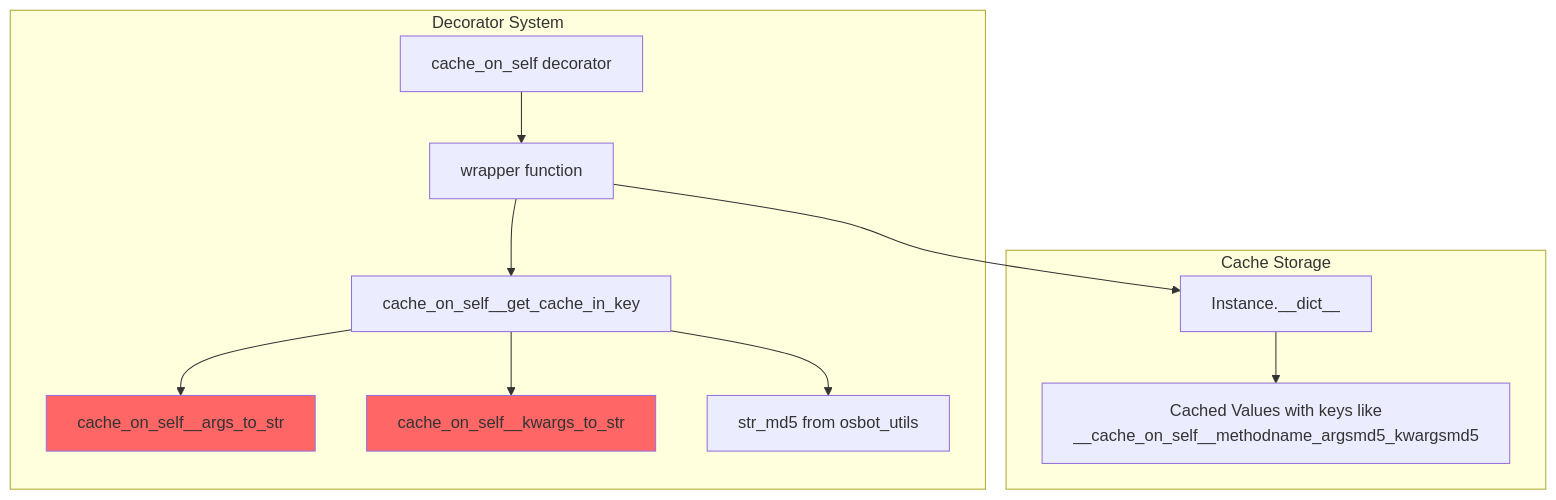
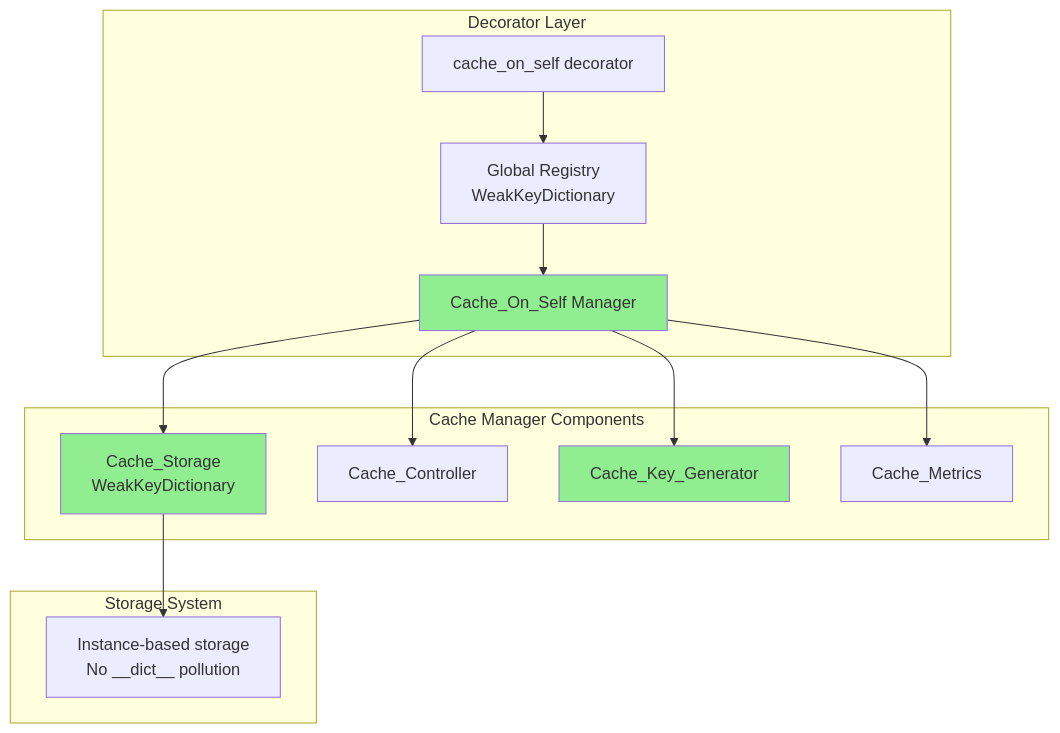
One commit to owasp-sbot/OSBot-Utils changed the first of 4 diagrams in docs/code/osbot_utils/decorators/methods/cache_on_self--tech_debrief.md. Above: the diagram before and after it, drawn with Mermaid. The commit also changed other lines of this file and 5 other files, not shown here.

Commit message:
final changes to Cache_On_Self tests, added updated tech_debrief

````diff
--- a/docs/code/osbot_utils/decorators/methods/cache_on_self--tech_debrief.md
+++ b/docs/code/osbot_utils/decorators/methods/cache_on_self--tech_debrief.md
@@ -13,21 +14,22 @@
 ```mermaid
 graph TB
-    subgraph "Decorator System"
-        A[cache_on_self decorator] --> B[wrapper function]
-        B --> C[cache_on_self__get_cache_in_key]
-        C --> D[cache_on_self__args_to_str]
-        C --> E[cache_on_self__kwargs_to_str]
-        C --> F[str_md5 from osbot_utils]
+    subgraph "Decorator Layer"
+        A[cache_on_self decorator] --> B[Global Registry<br/>WeakKeyDictionary]
+        B --> C[Cache_On_Self Manager]
     end
     
-    subgraph "Cache Storage"
-        G[Instance.__dict__]
-        H[Cached Values with keys like<br/>__cache_on_self__methodname_argsmd5_kwargsmd5]
+    subgraph "Cache Manager Components"
+        C --> D[Cache_Storage<br/>WeakKeyDictionary]
+        C --> E[Cache_Controller]
+        C --> F[Cache_Key_Generator]
+        C --> G[Cache_Metrics]
     end
     
-    B --> G
-    G --> H
+    subgraph "Storage System"
+        D --> H[Instance-based storage<br/>No __dict__ pollution]
+    end
     
-    style D fill:#ff6666
-    style E fill:#ff6666
+    style C fill:#90EE90
+    style D fill:#90EE90
+    style F fill:#90EE90
 ```
````
